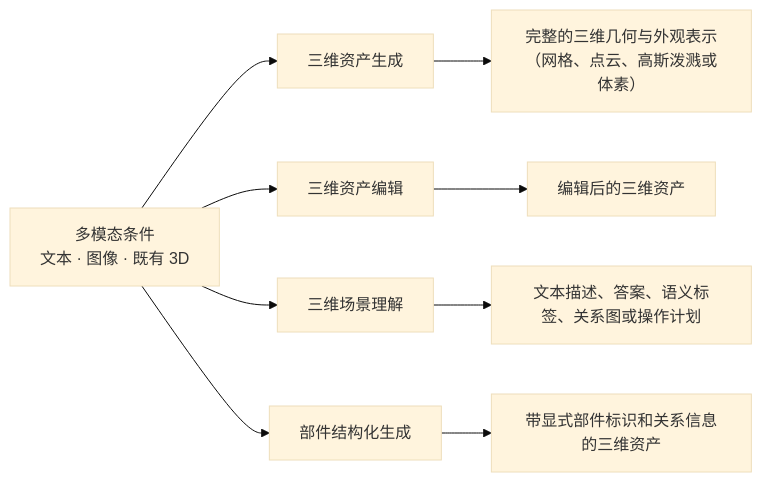
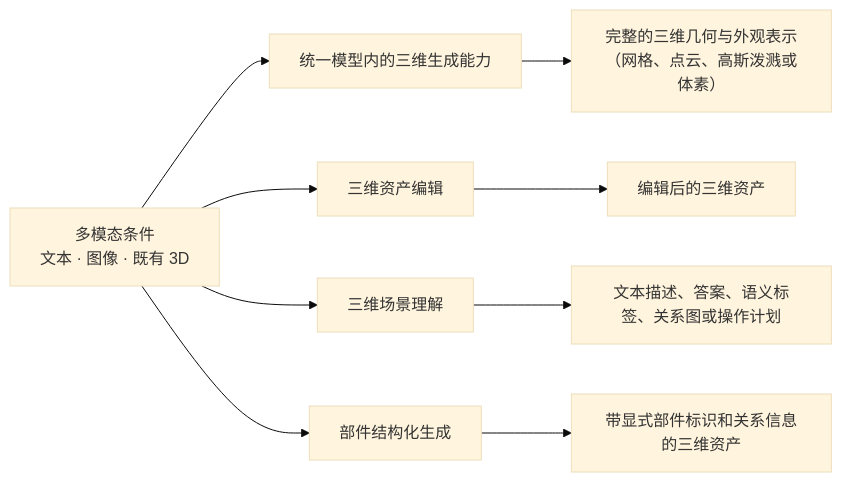
Before and after one commit to jinjianzhao/daily-papers: the first of 11 diagrams in surveys/hunyuan3d-buffalo-multimodal-20260928/survey.md, drawn with Mermaid (base theme). The commit also changed other lines of this file and 3 other files, not shown here.

````diff
--- a/surveys/hunyuan3d-buffalo-multimodal-20260928/survey.md
+++ b/surveys/hunyuan3d-buffalo-multimodal-20260928/survey.md
@@ -13,20 +13,20 @@
 ```mermaid
 flowchart LR
   INPUT["多模态条件<br/>文本 · 图像 · 既有 3D"]
-  T1["三维资产生成"]
+  T1["统一模型内的三维生成能力"]
   O1["完整的三维几何与外观表示（网格、点云、高斯泼溅或体素）"]
   INPUT --> T1
   T1 --> O1
   T2["三维资产编辑"]
   O2["编辑后的三维资产"]
   INPUT --> T2
   T2 --> O2
   T3["三维场景理解"]
   O3["文本描述、答案、语义标签、关系图或操作计划"]
   INPUT --> T3
   T3 --> O3
   T4["部件结构化生成"]
   O4["带显式部件标识和关系信息的三维资产"]
   INPUT --> T4
   T4 --> O4
 ```
````
